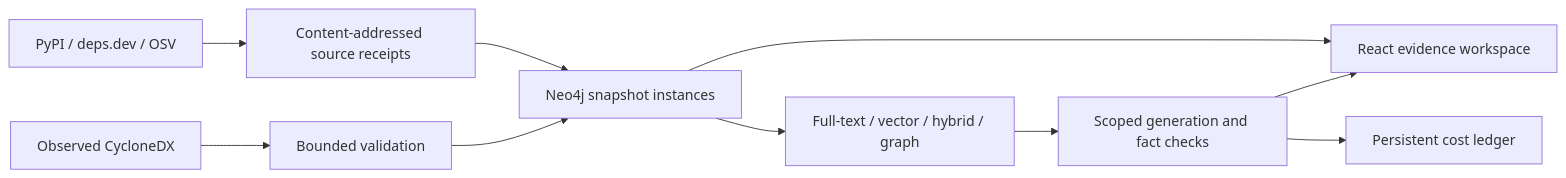
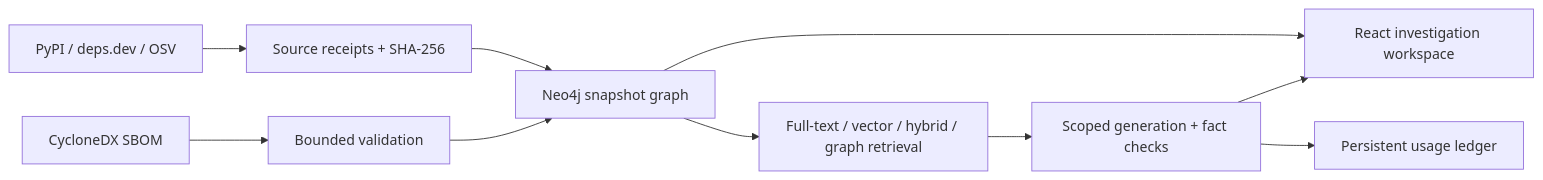
The diagram in README.md (wzbxjb/DepScope), drawn with Mermaid before and after one commit. The commit also changed other lines of this file and 18 other files, not shown here.

````diff
--- a/README.md
+++ b/README.md
@@ -35,12 +50,12 @@
 ```mermaid
 flowchart LR
-  P[PyPI / deps.dev / OSV] --> R[Content-addressed source receipts]
-  S[Observed CycloneDX] --> V[Bounded validation]
-  V --> N[Neo4j snapshot instances]
+  S[CycloneDX SBOM] --> V[Bounded validation]
+  P[PyPI / deps.dev / OSV] --> R[Source receipts + SHA-256]
+  V --> N[Neo4j snapshot graph]
   R --> N
-  N --> Q[Full-text / vector / hybrid / graph]
-  Q --> A[Scoped generation and fact checks]
-  A --> U[React evidence workspace]
-  A --> B[Persistent cost ledger]
+  N --> Q[Full-text / vector / hybrid / graph retrieval]
+  Q --> A[Scoped generation + fact checks]
+  A --> U[React investigation workspace]
+  A --> B[Persistent usage ledger]
   N --> U
 ```
````
